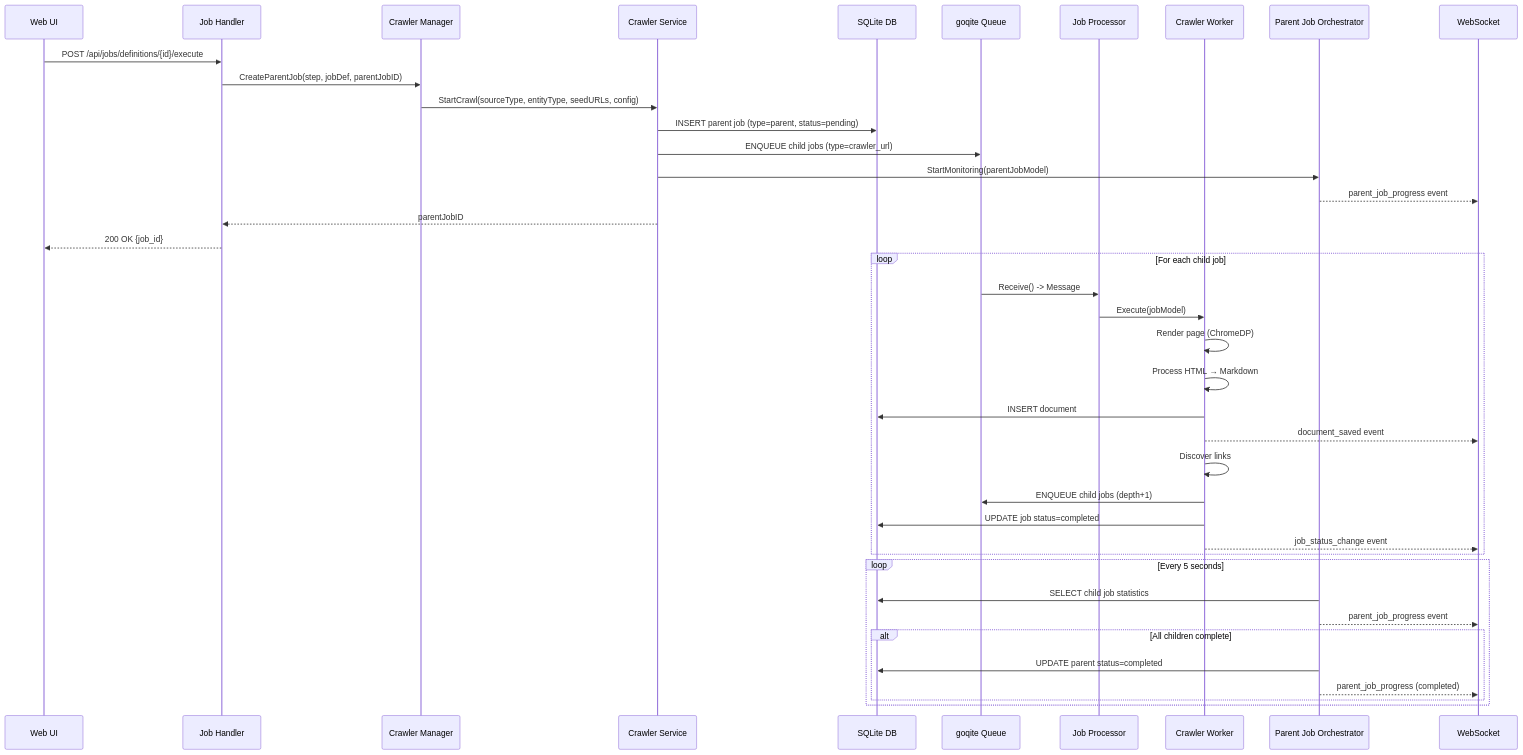
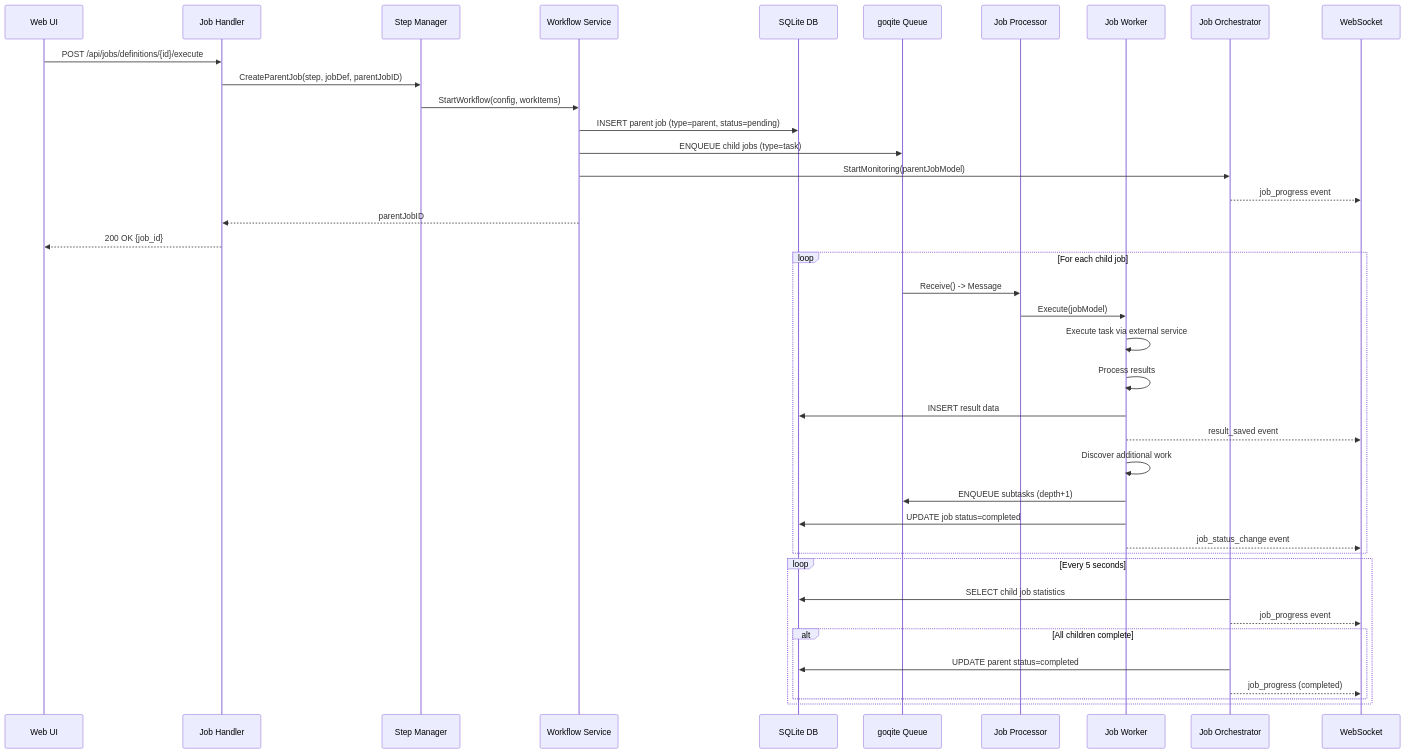
Before and after one commit to ternarybob/quaero: the second of 2 diagrams in docs/architecture/MANAGER_WORKER_ARCHITECTURE.md, drawn with Mermaid. The commit also changed other lines of this file and 1 other file, not shown here.

First line of the commit message:
docs: Update Manager/Worker architecture documentation

````diff
--- a/docs/architecture/MANAGER_WORKER_ARCHITECTURE.md
+++ b/docs/architecture/MANAGER_WORKER_ARCHITECTURE.md
@@ -239,48 +246,48 @@
 ```mermaid
 sequenceDiagram
     participant UI as Web UI
     participant Handler as Job Handler
-    participant Manager as Crawler Manager
-    participant Service as Crawler Service
+    participant Manager as Step Manager
+    participant Service as Workflow Service
     participant DB as SQLite DB
     participant Queue as goqite Queue
     participant Processor as Job Processor
-    participant Worker as Crawler Worker
-    participant Orchestrator as Parent Job Orchestrator
+    participant Worker as Job Worker
+    participant Orchestrator as Job Orchestrator
     participant WS as WebSocket
 
     %% Phase 1: Job Creation (Orchestration Layer)
     UI->>Handler: POST /api/jobs/definitions/{id}/execute
     Handler->>Manager: CreateParentJob(step, jobDef, parentJobID)
-    Manager->>Service: StartCrawl(sourceType, entityType, seedURLs, config)
+    Manager->>Service: StartWorkflow(config, workItems)
     Service->>DB: INSERT parent job (type=parent, status=pending)
-    Service->>Queue: ENQUEUE child jobs (type=crawler_url)
+    Service->>Queue: ENQUEUE child jobs (type=task)
     Service->>Orchestrator: StartMonitoring(parentJobModel)
-    Orchestrator-->>WS: parent_job_progress event
+    Orchestrator-->>WS: job_progress event
     Service-->>Handler: parentJobID
     Handler-->>UI: 200 OK {job_id}
 
     %% Phase 2: Job Execution (Worker Layer)
     loop For each child job
         Queue->>Processor: Receive() -> Message
         Processor->>Worker: Execute(jobModel)
-        Worker->>Worker: Render page (ChromeDP)
-        Worker->>Worker: Process HTML → Markdown
-        Worker->>DB: INSERT document
-        Worker-->>WS: document_saved event
-        Worker->>Worker: Discover links
-        Worker->>Queue: ENQUEUE child jobs (depth+1)
+        Worker->>Worker: Execute task via external service
+        Worker->>Worker: Process results
+        Worker->>DB: INSERT result data
+        Worker-->>WS: result_saved event
+        Worker->>Worker: Discover additional work
+        Worker->>Queue: ENQUEUE subtasks (depth+1)
         Worker->>DB: UPDATE job status=completed
         Worker-->>WS: job_status_change event
     end
 
     %% Phase 3: Progress Monitoring (Orchestration Layer)
     loop Every 5 seconds
         Orchestrator->>DB: SELECT child job statistics
-        Orchestrator-->>WS: parent_job_progress event
+        Orchestrator-->>WS: job_progress event
         alt All children complete
             Orchestrator->>DB: UPDATE parent status=completed
-            Orchestrator-->>WS: parent_job_progress (completed)
+            Orchestrator-->>WS: job_progress (completed)
         end
     end
 ```
````
